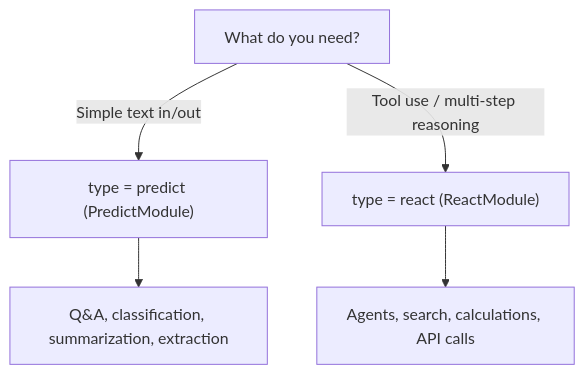
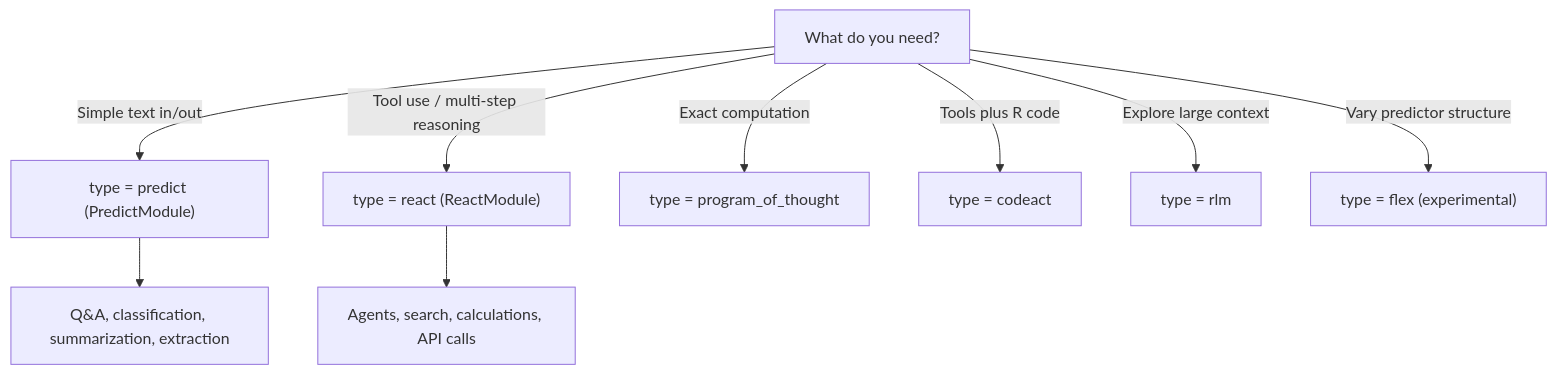
One commit to JamesHWade/dsprrr changed the first of 2 diagrams in vignettes/cheatsheet.Rmd. Above: the diagram before and after it, drawn with Mermaid. The commit also changed other lines of this file and 62 other files, not shown here.

````diff
--- a/vignettes/cheatsheet.Rmd
+++ b/vignettes/cheatsheet.Rmd
@@ -299,8 +299,12 @@
 ```mermaid
 flowchart TB
   Start["What do you need?"]
   Start -->|Simple text in/out| Predict["type = predict (PredictModule)"]
   Predict --> PredictUse["Q&A, classification, summarization, extraction"]
   Start -->|Tool use / multi-step reasoning| React["type = react (ReactModule)"]
   React --> ReactUse["Agents, search, calculations, API calls"]
+  Start -->|Exact computation| POT["type = program_of_thought"]
+  Start -->|Tools plus R code| CodeAct["type = codeact"]
+  Start -->|Explore large context| RLM["type = rlm"]
+  Start -->|Vary predictor structure| Flex["type = flex (experimental)"]
 ```
````
